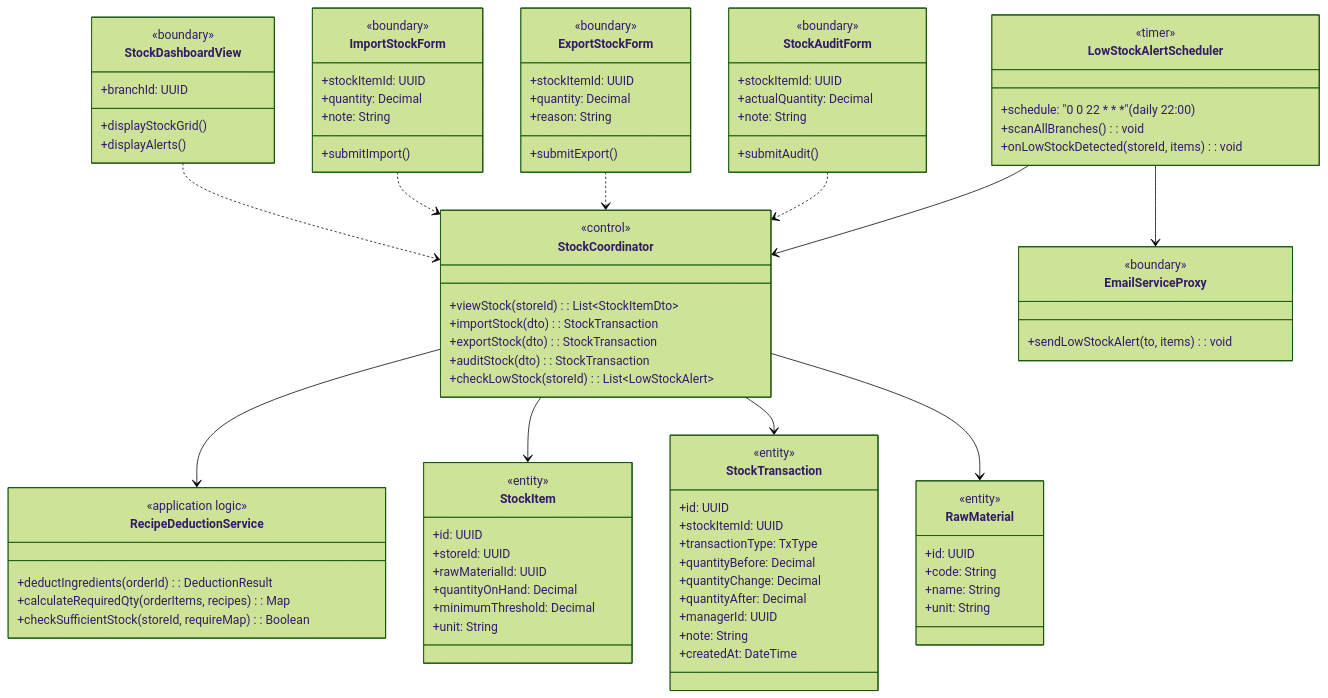
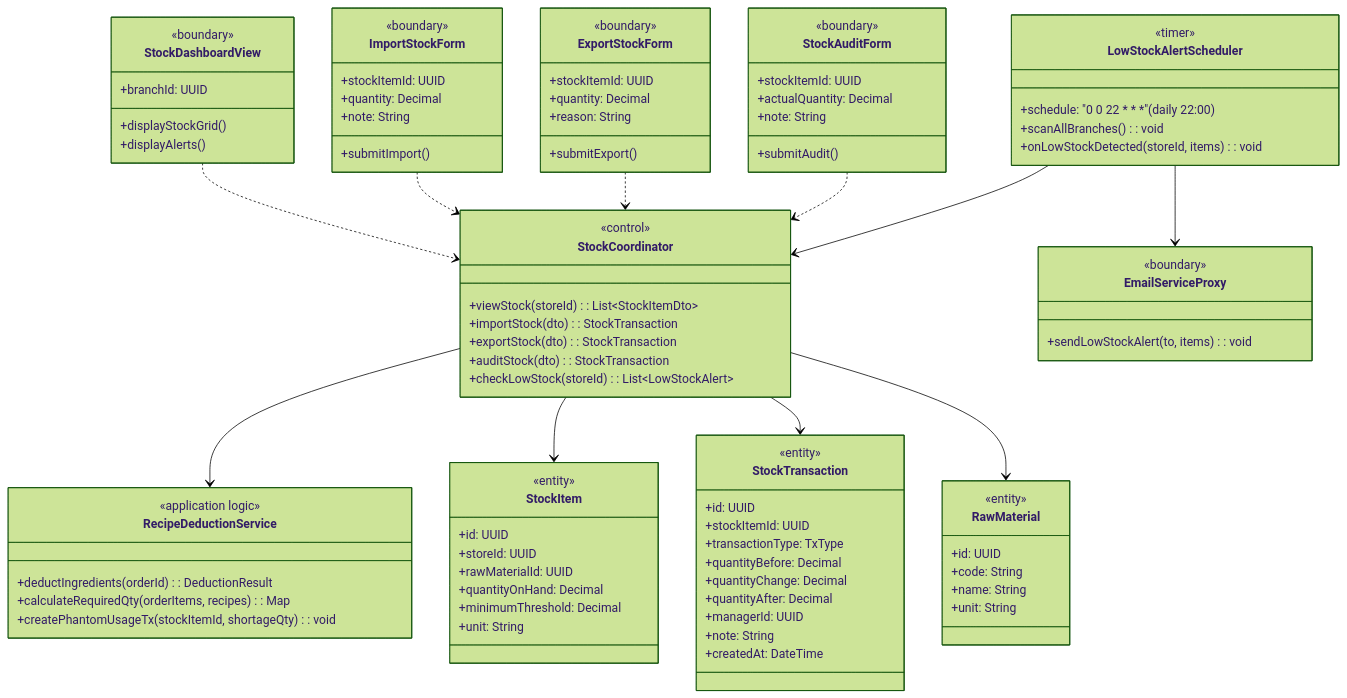
Before and after one commit to Shaichi/Khoga_coffe_shop: the first of 4 diagrams in rds_sections/09_detailed_3_6_inventory.md, drawn with Mermaid (forest theme). The commit also changed other lines of this file and 7 other files, not shown here.

Commit message:
docs: sync RDS database and diagrams with SRS and fix inventory deduction logic

```diff
--- a/rds_sections/09_detailed_3_6_inventory.md
+++ b/rds_sections/09_detailed_3_6_inventory.md
@@ -47,7 +47,7 @@
         <<application logic>>
         +deductIngredients(orderId): DeductionResult
         +calculateRequiredQty(orderItems, recipes): Map
-        +checkSufficientStock(storeId, requireMap): Boolean
+        +createPhantomUsageTx(stockItemId, shortageQty): void
     }
     class LowStockAlertScheduler {
         <<timer>>
```
